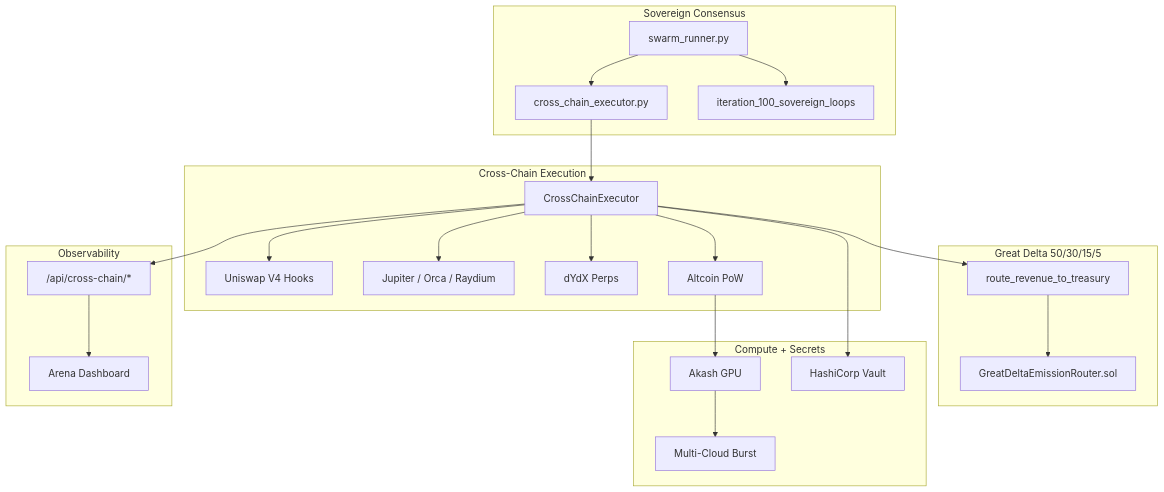
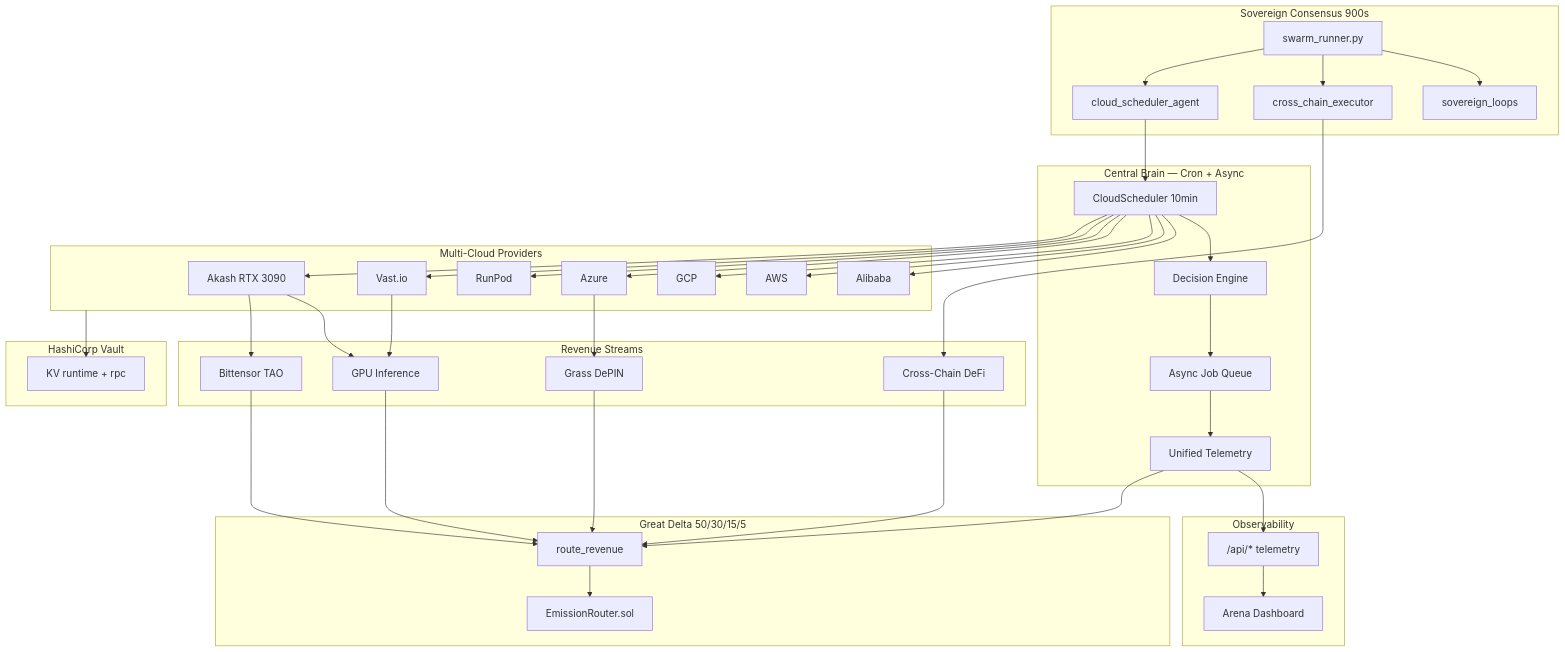
The diagram in docs/ARCHITECTURE.md (Yield-Swarm/yieldswarm-agent-swarm-v2), drawn with Mermaid before and after one commit. The commit also changed other lines of this file and 25 other files, not shown here.

First line of the commit message:
feat(scheduler): 30-day async multi-cloud orchestrator + Gospel harvest phase

````diff
--- a/docs/ARCHITECTURE.md
+++ b/docs/ARCHITECTURE.md
@@ -9,47 +9,79 @@
 ```mermaid
 flowchart TB
-  subgraph Sovereign["Sovereign Consensus"]
+  subgraph CentralBrain["Central Brain — Cron + Async"]
+    CS[CloudScheduler 10min]
+    DE[Decision Engine]
+    AQ[Async Job Queue]
+    UT[Unified Telemetry]
+    CS --> DE --> AQ
+    AQ --> UT
+  end
+
+  subgraph Sovereign["Sovereign Consensus 900s"]
     SR[swarm_runner.py]
-    CC[cross_chain_executor.py]
-    I100[iteration_100_sovereign_loops]
+    CSA[cloud_scheduler_agent]
+    CC[cross_chain_executor]
+    I100[sovereign_loops]
+    SR --> CSA
     SR --> CC
     SR --> I100
   end
 
-  subgraph Execution["Cross-Chain Execution"]
-    EX[CrossChainExecutor]
-    U[Uniswap V4 Hooks]
-    SOL[Jupiter / Orca / Raydium]
-    DY[dYdX Perps]
-    POW[Altcoin PoW]
-    EX --> U
-    EX --> SOL
-    EX --> DY
-    EX --> POW
+  CSA --> CS
+
+  subgraph Providers["Multi-Cloud Providers"]
+    AKASH[Akash RTX 3090]
+    VAST[Vast.io]
+    RUNPOD[RunPod]
+    AZURE[Azure]
+    GCP[GCP]
+    AWS[AWS]
+    ALI[Alibaba]
   end
 
+  CS --> AKASH
+  CS --> VAST
+  CS --> RUNPOD
+  CS --> AZURE
+  CS --> GCP
+  CS --> AWS
+  CS --> ALI
+
+  subgraph Revenue["Revenue Streams"]
+    BT[Bittensor TAO]
+    INF[GPU Inference]
+    DEPIN[Grass DePIN]
+    XCHAIN[Cross-Chain DeFi]
+  end
+
+  AKASH --> BT
+  AKASH --> INF
+  VAST --> INF
+  AZURE --> DEPIN
+  CC --> XCHAIN
+
   subgraph Treasury["Great Delta 50/30/15/5"]
-    GD[route_revenue_to_treasury]
-    ROUTER[GreatDeltaEmissionRouter.sol]
+    GD[route_revenue]
+    ROUTER[EmissionRouter.sol]
     GD --> ROUTER
   end
 
-  subgraph Infra["Compute + Secrets"]
-    AKASH[Akash GPU]
-    VAULT[HashiCorp Vault]
-    MC[Multi-Cloud Burst]
+  BT --> GD
+  INF --> GD
+  DEPIN --> GD
+  XCHAIN --> GD
+  UT --> GD
+
+  subgraph Secrets["HashiCorp Vault"]
+    VAULT[KV runtime + rpc]
   end
 
-  CC --> EX
-  EX --> GD
-  POW --> AKASH
-  EX --> VAULT
-  AKASH --> MC
+  Providers --> VAULT
 
   subgraph Observability
-    API["/api/cross-chain/*"]
+    API["/api/* telemetry"]
     ARENA[Arena Dashboard]
   end
 
-  EX --> API --> ARENA
+  UT --> API --> ARENA
 ```
````
